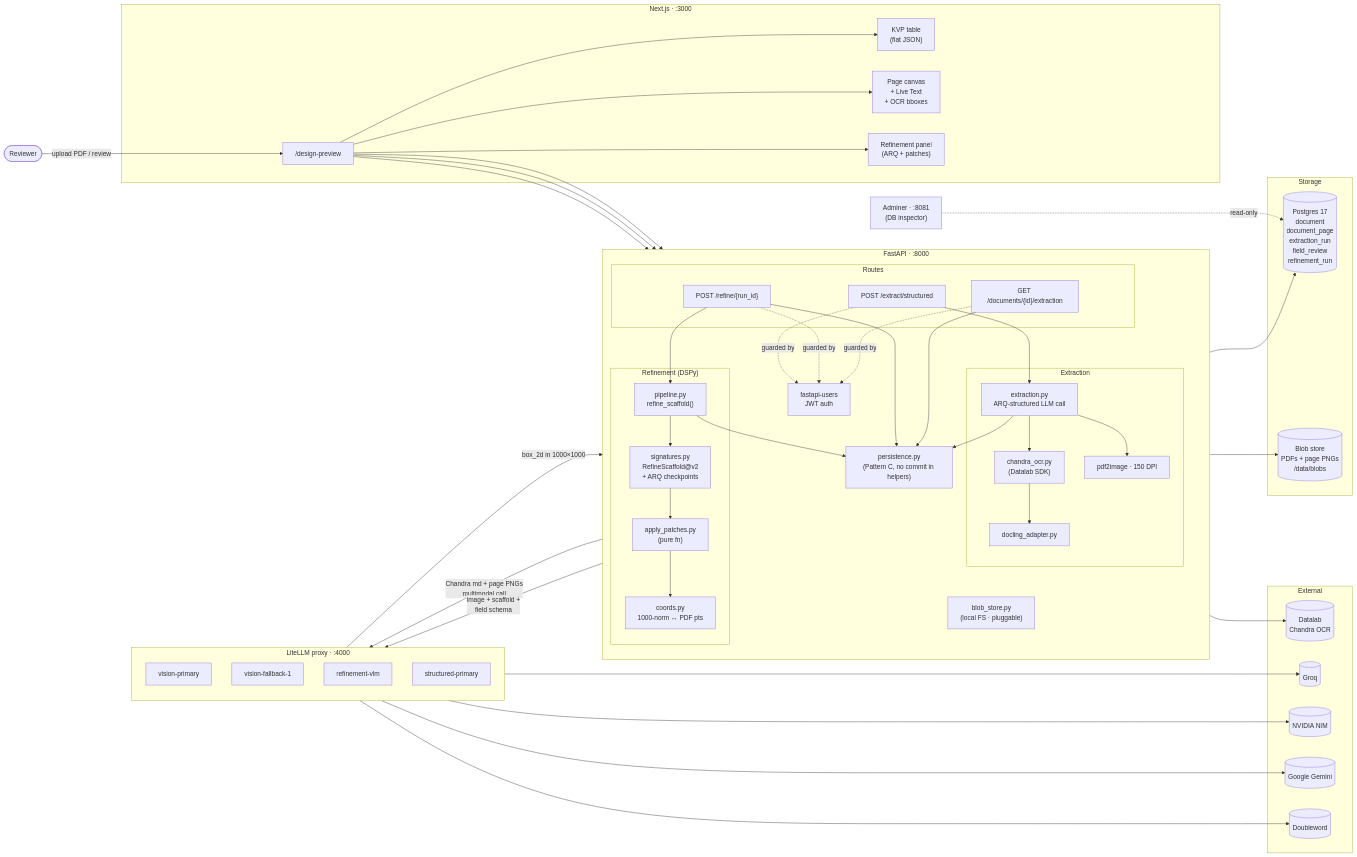
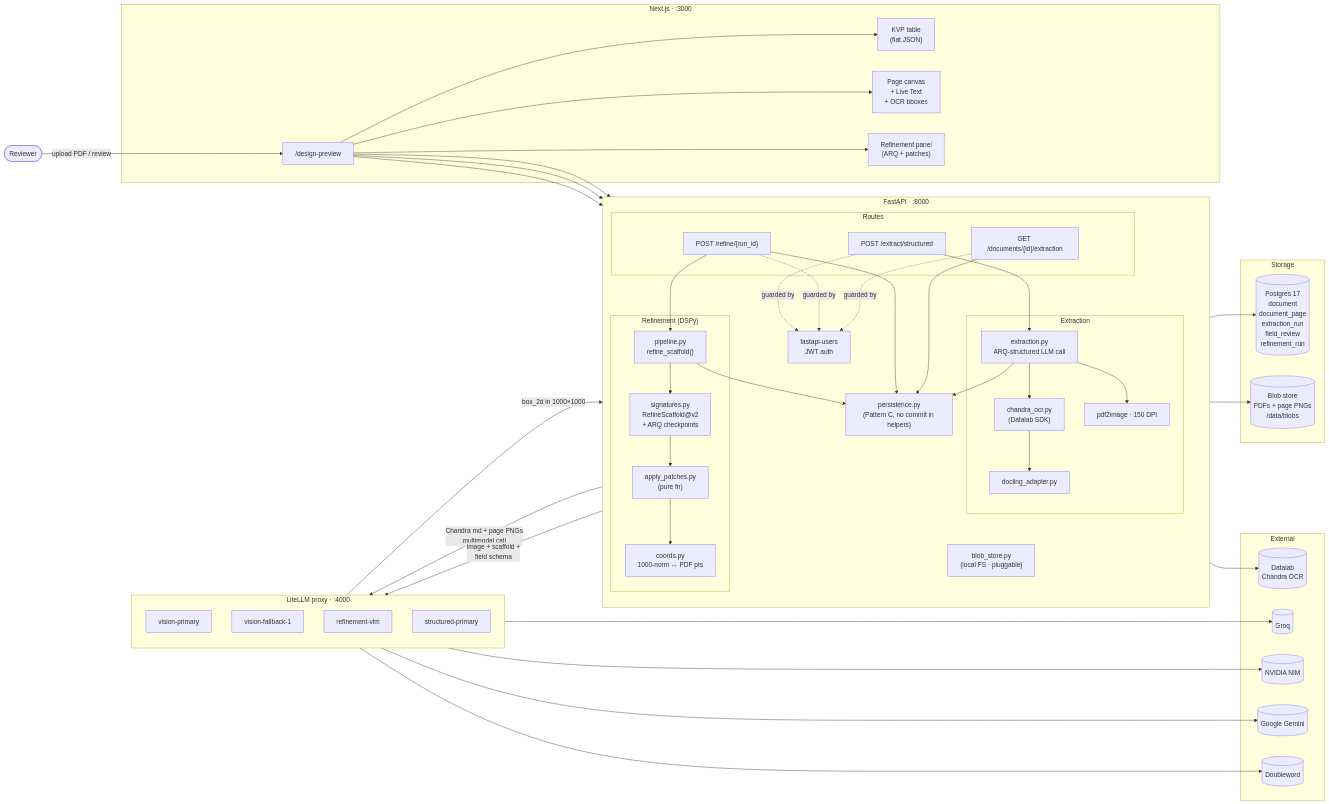
Before and after one commit to DJS-Projects/triple-h: the first of 3 diagrams in docs/architecture.md, drawn with Mermaid. The commit also changed other lines of this file and 1 other file, not shown here.

Commit message:
chore(docker): drop adminer service
Use any local Postgres client (psql, DBeaver, TablePlus, browser
extensions) to inspect the DB on localhost:5432 instead. Trims the
stack to backend/frontend/db/litellm.

litellm proxy stays — backend's extraction + refinement pipelines
funnel every LLM call through it; removing it would break /extract
and /refine.

````diff
--- a/docs/architecture.md
+++ b/docs/architecture.md
@@ -65,8 +65,6 @@
         Disk[("Blob store<br/>PDFs + page PNGs<br/>/data/blobs")]
     end
 
-    Adminer["Adminer · :8081<br/>(DB inspector)"]
-
     User -->|upload PDF / review| Page
     Page --> KVP
     Page --> Canvas
@@ -103,5 +101,4 @@
 
     Persist --> DB
     Blob --> Disk
-    Adminer -.->|read-only| DB
 ```
````
